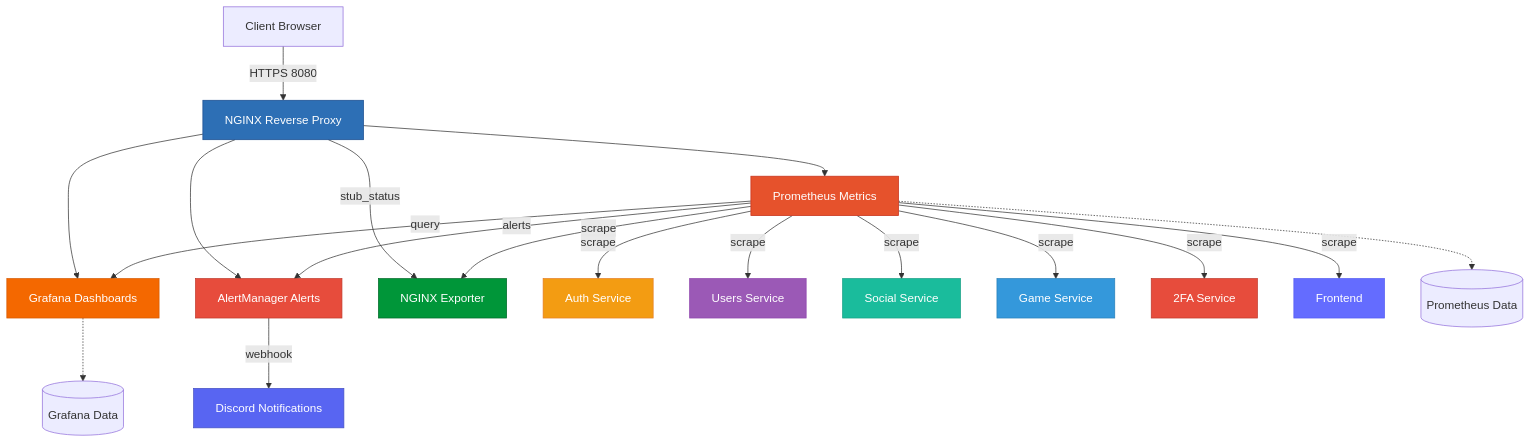
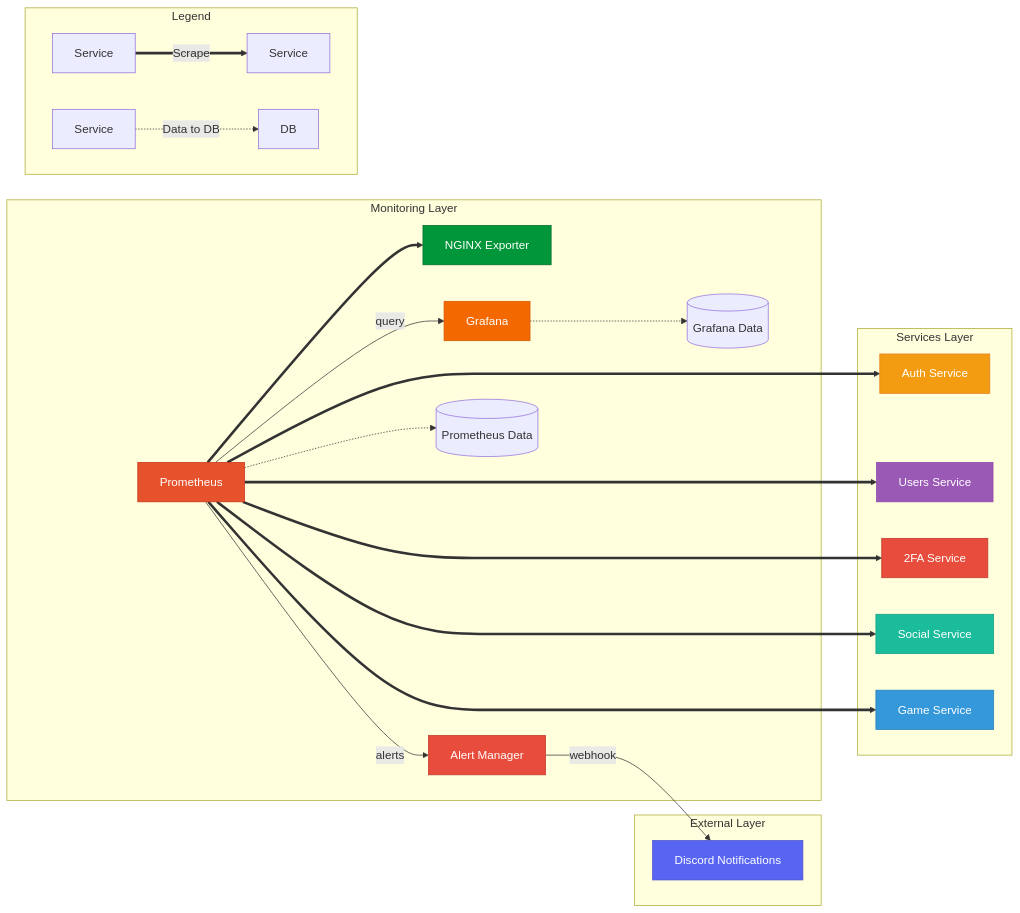
One commit to anais-f/42_ft_transcendence changed the first of 2 diagrams in docs/monitoring.md. Above: the diagram before and after it, drawn with Mermaid. The commit also changed other lines of this file and 1 other file, not shown here.

Commit message:
docs: Finish doc with new graph

````diff
--- a/docs/monitoring.md
+++ b/docs/monitoring.md
@@ -9,42 +9,70 @@
 ```mermaid
-graph TB
-    Client[Client Browser]
+graph LR
 
-    Client -->|HTTPS 8080| Nginx[NGINX Reverse Proxy]
+  Auth["Auth Service"]
+  Users["Users Service"]
+  TwoFA["TwoFA Service"]
+  Social["Social Service"]
+  Game["Game Service"]
 
-    Nginx --> Grafana[Grafana Dashboards]
-    Nginx --> Prometheus[Prometheus Metrics]
-    Nginx --> AlertManager[AlertManager Alerts]
+  NginxExporter["Nginx Exporter"]
+  Prometheus["Prometheus"]
+  Grafana["Grafana"]
+  AlertManager["Alert Manager"]
+
+  subgraph External["External Layer"]
+    Discord
+  end
+
+  subgraph Monitoring["Monitoring Layer"]
+    NginxExporter
+    Prometheus
+    Grafana
+    AlertManager
+    PromData
+    GrafanaData
+  end
+
+  subgraph Services["Services Layer"]
+    Auth
+    Users
+    Social
+    TwoFA
+    Game
+  end
+
 
     NginxExporter[NGINX Exporter]
-    Nginx -->|stub_status| NginxExporter
 
-    Prometheus -->|scrape| Auth[Auth Service]
-    Prometheus -->|scrape| Users[Users Service]
-    Prometheus -->|scrape| Social[Social Service]
-    Prometheus -->|scrape| Game[Game Service]
-    Prometheus -->|scrape| TwoFA[2FA Service]
-    Prometheus -->|scrape| Frontend[Frontend]
-    Prometheus -->|scrape| NginxExporter
+    Prometheus ====> Auth[Auth Service]
+    Prometheus ==> Users[Users Service]
+    Prometheus ==> Social[Social Service]
+    Prometheus ==> Game[Game Service]
+    Prometheus ==> TwoFA[2FA Service]
+    Prometheus ==> NginxExporter
 
     Prometheus -->|query| Grafana
     Prometheus -->|alerts| AlertManager
 
     AlertManager -->|webhook| Discord[Discord Notifications]
 
     Prometheus -.-> PromData[(Prometheus Data)]
     Grafana -.-> GrafanaData[(Grafana Data)]
 
-    style Nginx fill:#2d6fb5,stroke:#1a4d8f,color:#fff
+  subgraph Legend["Legend"]
+    direction LR
+    LS1[Service] ==>|Scrape| LS2[Service]
+    LS3[Service] -.->|Data to DB| LS4[DB]
+  end
+
     style NginxExporter fill:#009639,stroke:#006b29,color:#fff
     style Prometheus fill:#e6522c,stroke:#c7321b,color:#fff
     style Grafana fill:#f46800,stroke:#d65a00,color:#fff
     style AlertManager fill:#e74c3c,stroke:#c0392b,color:#fff
     style Discord fill:#5865F2,stroke:#4752C4,color:#fff
     style Auth fill:#f39c12,stroke:#e67e22,color:#fff
     style Users fill:#9b59b6,stroke:#8e44ad,color:#fff
     style Social fill:#1abc9c,stroke:#16a085,color:#fff
     style Game fill:#3498db,stroke:#2980b9,color:#fff
     style TwoFA fill:#e74c3c,stroke:#c0392b,color:#fff
-    style Frontend fill:#646cff,stroke:#535bf2,color:#fff
 ```
````
